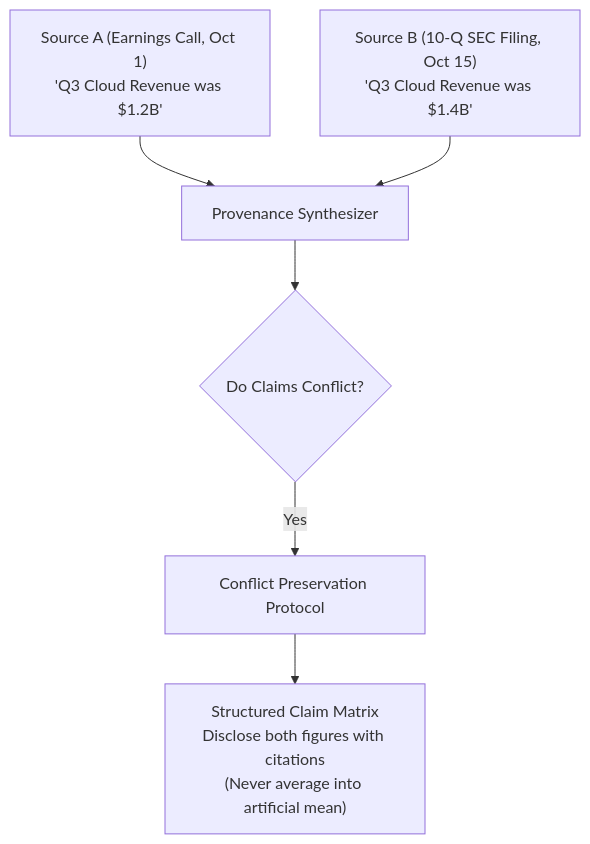
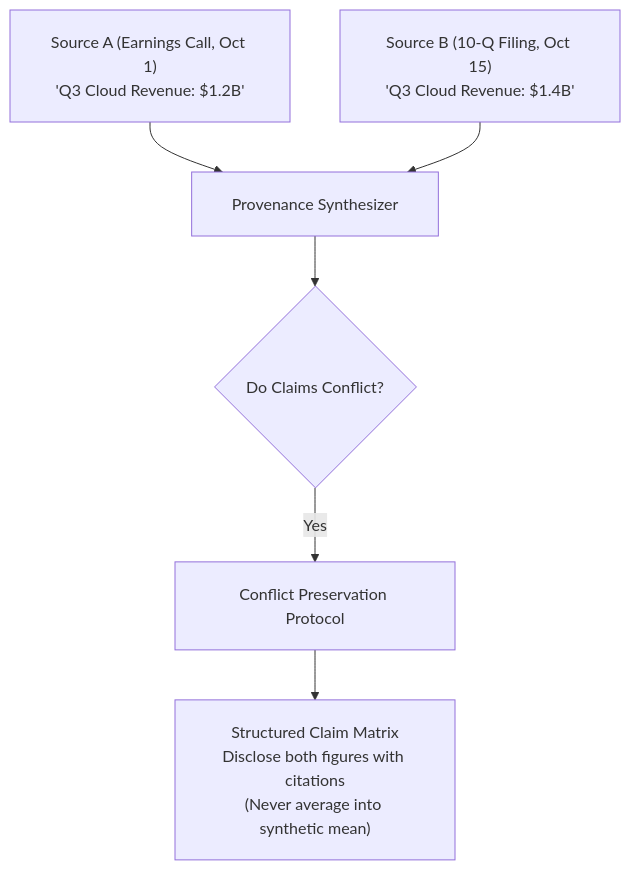
The diagram in domain5/ts_5_6_provenance_and_uncertainty/README.md (dip4k/claude_cert_architect_foundation_prep), drawn with Mermaid before and after one commit. The commit also changed 31 other files, not shown here.

First line of the commit message:
docs(diagrams): fix text trimming, padding, and layout in all mermaid diagrams

````diff
--- a/domain5/ts_5_6_provenance_and_uncertainty/README.md
+++ b/domain5/ts_5_6_provenance_and_uncertainty/README.md
@@ -10,11 +10,12 @@
 ```mermaid
+%%{init: {"flowchart": {"htmlLabels": true, "padding": 20}}}%%
 flowchart TD
-    SourceA["Source A (Earnings Call, Oct 1)<br/>'Q3 Cloud Revenue was $1.2B'"] --> Synthesizer["Provenance Synthesizer"]
-    SourceB["Source B (10-Q SEC Filing, Oct 15)<br/>'Q3 Cloud Revenue was $1.4B'"] --> Synthesizer
+    SourceA["Source A (Earnings Call, Oct 1)<br/>'Q3 Cloud Revenue: $1.2B'"] --> Synthesizer["Provenance Synthesizer"]
+    SourceB["Source B (10-Q Filing, Oct 15)<br/>'Q3 Cloud Revenue: $1.4B'"] --> Synthesizer
     
     Synthesizer --> ConflictDetector{"Do Claims Conflict?"}
     
     ConflictDetector -- "Yes" --> PreserveConflict["Conflict Preservation Protocol"]
     
-    PreserveConflict --> Out["Structured Claim Matrix<br/>Disclose both figures with citations<br/>(Never average into artificial mean)"]
+    PreserveConflict --> Out["Structured Claim Matrix<br/>Disclose both figures with citations<br/>(Never average into synthetic mean)"]
 ```
````
